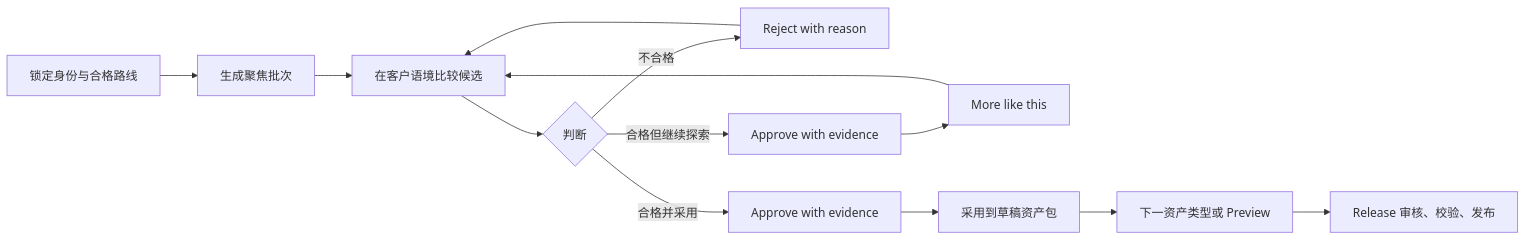
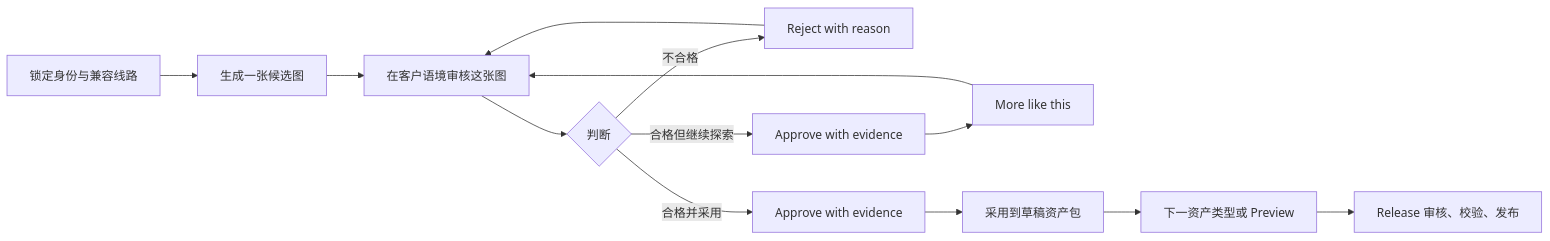
Before and after one commit to mliu62868/idream: the diagram in docs/product/CHARACTER_ASSET_STUDIO_REVIEW.md, drawn with Mermaid. The commit also changed other lines of this file and 131 other files, not shown here.

````diff
--- a/docs/product/CHARACTER_ASSET_STUDIO_REVIEW.md
+++ b/docs/product/CHARACTER_ASSET_STUDIO_REVIEW.md
@@ -84,15 +84,15 @@
 ```mermaid
 flowchart LR
-    A["锁定身份与合格路线"] --> B["生成聚焦批次"]
-    B --> C["在客户语境比较候选"]
+    A["锁定身份与兼容线路"] --> B["生成一张候选图"]
+    B --> C["在客户语境审核这张图"]
     C --> D{"判断"}
     D -->|不合格| E["Reject with reason"]
     E --> C
     D -->|合格但继续探索| F["Approve with evidence"]
     F --> J["More like this"]
     J --> C
     D -->|合格并采用| G["Approve with evidence"]
     G --> K["采用到草稿资产包"]
     K --> H["下一资产类型或 Preview"]
     H --> I["Release 审核、校验、发布"]
 ```
````
